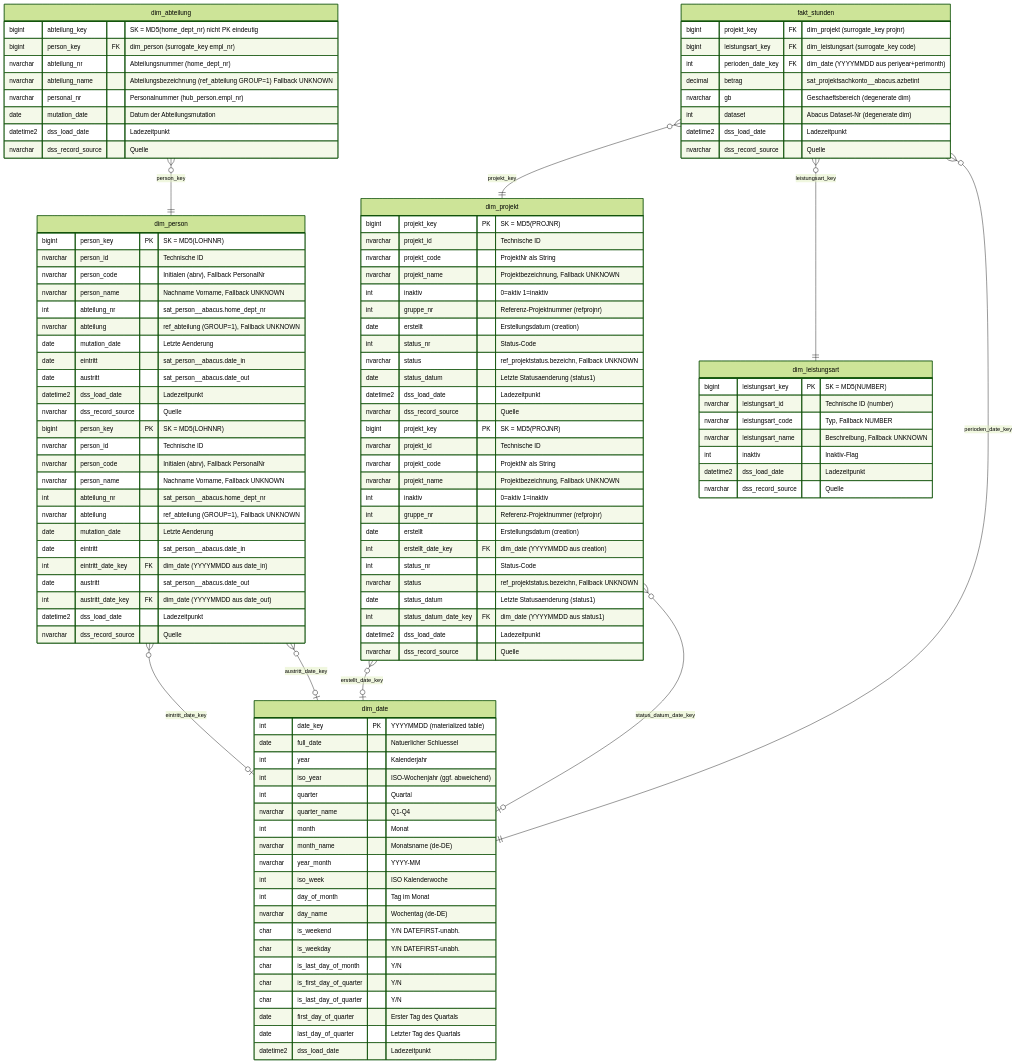
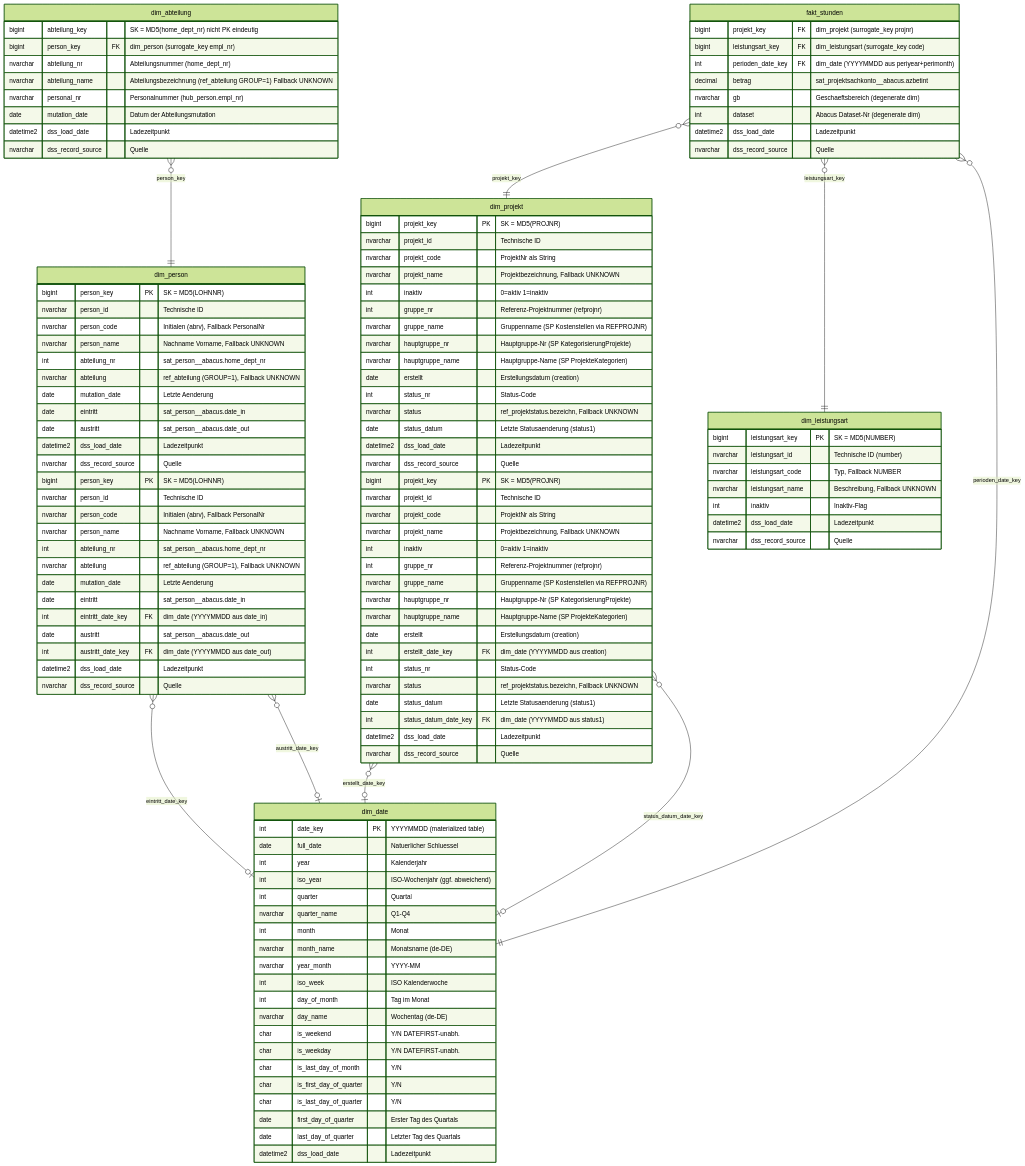
One commit to fellnerd/datavault-dbt changed the diagram in design/mart/er-mart-project.mmd. Above: the diagram before and after it, drawn with Mermaid (forest theme). The commit also changed 10 other files, not shown here.

```diff
--- a/design/mart/er-mart-project.mmd
+++ b/design/mart/er-mart-project.mmd
@@ -1,129 +1,135 @@
 
 erDiagram
 
 
     dim_abteilung {
         bigint abteilung_key "SK = MD5(home_dept_nr) nicht PK eindeutig"
         bigint person_key FK "dim_person (surrogate_key empl_nr)"
         nvarchar abteilung_nr "Abteilungsnummer (home_dept_nr)"
         nvarchar abteilung_name "Abteilungsbezeichnung (ref_abteilung GROUP=1) Fallback UNKNOWN"
         nvarchar personal_nr "Personalnummer (hub_person.empl_nr)"
         date mutation_date "Datum der Abteilungsmutation"
         datetime2 dss_load_date "Ladezeitpunkt"
         nvarchar dss_record_source "Quelle"
     }
 
     dim_person {
         bigint person_key PK "SK = MD5(LOHNNR)"
         nvarchar person_id "Technische ID"
         nvarchar person_code "Initialen (abrv), Fallback PersonalNr"
         nvarchar person_name "Nachname Vorname, Fallback UNKNOWN"
         int abteilung_nr "sat_person__abacus.home_dept_nr"
         nvarchar abteilung "ref_abteilung (GROUP=1), Fallback UNKNOWN"
         date mutation_date "Letzte Aenderung"
         date eintritt "sat_person__abacus.date_in"
         date austritt "sat_person__abacus.date_out"
         datetime2 dss_load_date "Ladezeitpunkt"
         nvarchar dss_record_source "Quelle"
     }
 
     dim_projekt {
         bigint projekt_key PK "SK = MD5(PROJNR)"
         nvarchar projekt_id "Technische ID"
         nvarchar projekt_code "ProjektNr als String"
         nvarchar projekt_name "Projektbezeichnung, Fallback UNKNOWN"
         int inaktiv "0=aktiv 1=inaktiv"
         int gruppe_nr "Referenz-Projektnummer (refprojnr)"
+        nvarchar gruppe_name "Gruppenname (SP Kostenstellen via REFPROJNR)"
+        nvarchar hauptgruppe_nr "Hauptgruppe-Nr (SP KategorisierungProjekte)"
+        nvarchar hauptgruppe_name "Hauptgruppe-Name (SP ProjekteKategorien)"
         date erstellt "Erstellungsdatum (creation)"
         int status_nr "Status-Code"
         nvarchar status "ref_projektstatus.bezeichn, Fallback UNKNOWN"
         date status_datum "Letzte Statusaenderung (status1)"
         datetime2 dss_load_date "Ladezeitpunkt"
         nvarchar dss_record_source "Quelle"
     }
 
     dim_leistungsart {
         bigint leistungsart_key PK "SK = MD5(NUMBER)"
         nvarchar leistungsart_id "Technische ID (number)"
         nvarchar leistungsart_code "Typ, Fallback NUMBER"
         nvarchar leistungsart_name "Beschreibung, Fallback UNKNOWN"
         int inaktiv "Inaktiv-Flag"
         datetime2 dss_load_date "Ladezeitpunkt"
         nvarchar dss_record_source "Quelle"
     }
 
     dim_date {
         int date_key PK "YYYYMMDD (materialized table)"
         date full_date "Natuerlicher Schluessel"
         int year "Kalenderjahr"
         int iso_year "ISO-Wochenjahr (ggf. abweichend)"
         int quarter "Quartal"
         nvarchar quarter_name "Q1-Q4"
         int month "Monat"
         nvarchar month_name "Monatsname (de-DE)"
         nvarchar year_month "YYYY-MM"
         int iso_week "ISO Kalenderwoche"
         int day_of_month "Tag im Monat"
         nvarchar day_name "Wochentag (de-DE)"
         char is_weekend "Y/N DATEFIRST-unabh."
         char is_weekday "Y/N DATEFIRST-unabh."
         char is_last_day_of_month "Y/N"
         char is_first_day_of_quarter "Y/N"
         char is_last_day_of_quarter "Y/N"
         date first_day_of_quarter "Erster Tag des Quartals"
         date last_day_of_quarter "Letzter Tag des Quartals"
         datetime2 dss_load_date "Ladezeitpunkt"
     }
 
     dim_person {
         bigint person_key PK "SK = MD5(LOHNNR)"
         nvarchar person_id "Technische ID"
         nvarchar person_code "Initialen (abrv), Fallback PersonalNr"
         nvarchar person_name "Nachname Vorname, Fallback UNKNOWN"
         int abteilung_nr "sat_person__abacus.home_dept_nr"
         nvarchar abteilung "ref_abteilung (GROUP=1), Fallback UNKNOWN"
         date mutation_date "Letzte Aenderung"
         date eintritt "sat_person__abacus.date_in"
         int eintritt_date_key FK "dim_date (YYYYMMDD aus date_in)"
         date austritt "sat_person__abacus.date_out"
         int austritt_date_key FK "dim_date (YYYYMMDD aus date_out)"
         datetime2 dss_load_date "Ladezeitpunkt"
         nvarchar dss_record_source "Quelle"
     }
 
     dim_projekt {
         bigint projekt_key PK "SK = MD5(PROJNR)"
         nvarchar projekt_id "Technische ID"
         nvarchar projekt_code "ProjektNr als String"
         nvarchar projekt_name "Projektbezeichnung, Fallback UNKNOWN"
         int inaktiv "0=aktiv 1=inaktiv"
         int gruppe_nr "Referenz-Projektnummer (refprojnr)"
+        nvarchar gruppe_name "Gruppenname (SP Kostenstellen via REFPROJNR)"
+        nvarchar hauptgruppe_nr "Hauptgruppe-Nr (SP KategorisierungProjekte)"
+        nvarchar hauptgruppe_name "Hauptgruppe-Name (SP ProjekteKategorien)"
         date erstellt "Erstellungsdatum (creation)"
         int erstellt_date_key FK "dim_date (YYYYMMDD aus creation)"
         int status_nr "Status-Code"
         nvarchar status "ref_projektstatus.bezeichn, Fallback UNKNOWN"
         date status_datum "Letzte Statusaenderung (status1)"
         int status_datum_date_key FK "dim_date (YYYYMMDD aus status1)"
         datetime2 dss_load_date "Ladezeitpunkt"
         nvarchar dss_record_source "Quelle"
     }
 
     fakt_stunden {
         bigint projekt_key FK "dim_projekt (surrogate_key projnr)"
         bigint leistungsart_key FK "dim_leistungsart (surrogate_key code)"
         int perioden_date_key FK "dim_date (YYYYMMDD aus periyear+perimonth)"
         decimal betrag "sat_projektsachkonto__abacus.azbetint"
         nvarchar gb "Geschaeftsbereich (degenerate dim)"
         int dataset "Abacus Dataset-Nr (degenerate dim)"
         datetime2 dss_load_date "Ladezeitpunkt"
         nvarchar dss_record_source "Quelle"
     }
 
     fakt_stunden }o--|| dim_projekt : "projekt_key"
     fakt_stunden }o--|| dim_leistungsart : "leistungsart_key"
     fakt_stunden }o--|| dim_date : "perioden_date_key"
     dim_abteilung }o--|| dim_person : "person_key"
     dim_person }o--o| dim_date : "eintritt_date_key"
     dim_person }o--o| dim_date : "austritt_date_key"
     dim_projekt }o--o| dim_date : "erstellt_date_key"
     dim_projekt }o--o| dim_date : "status_datum_date_key"
```
